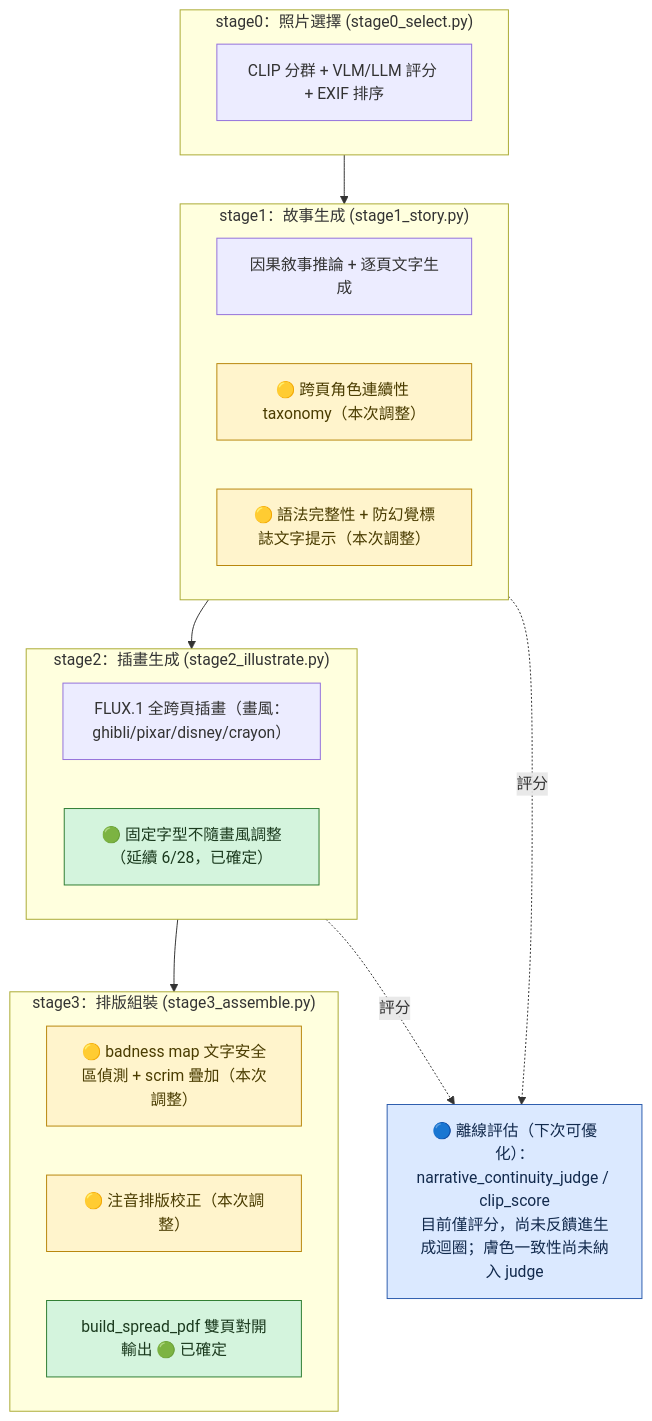
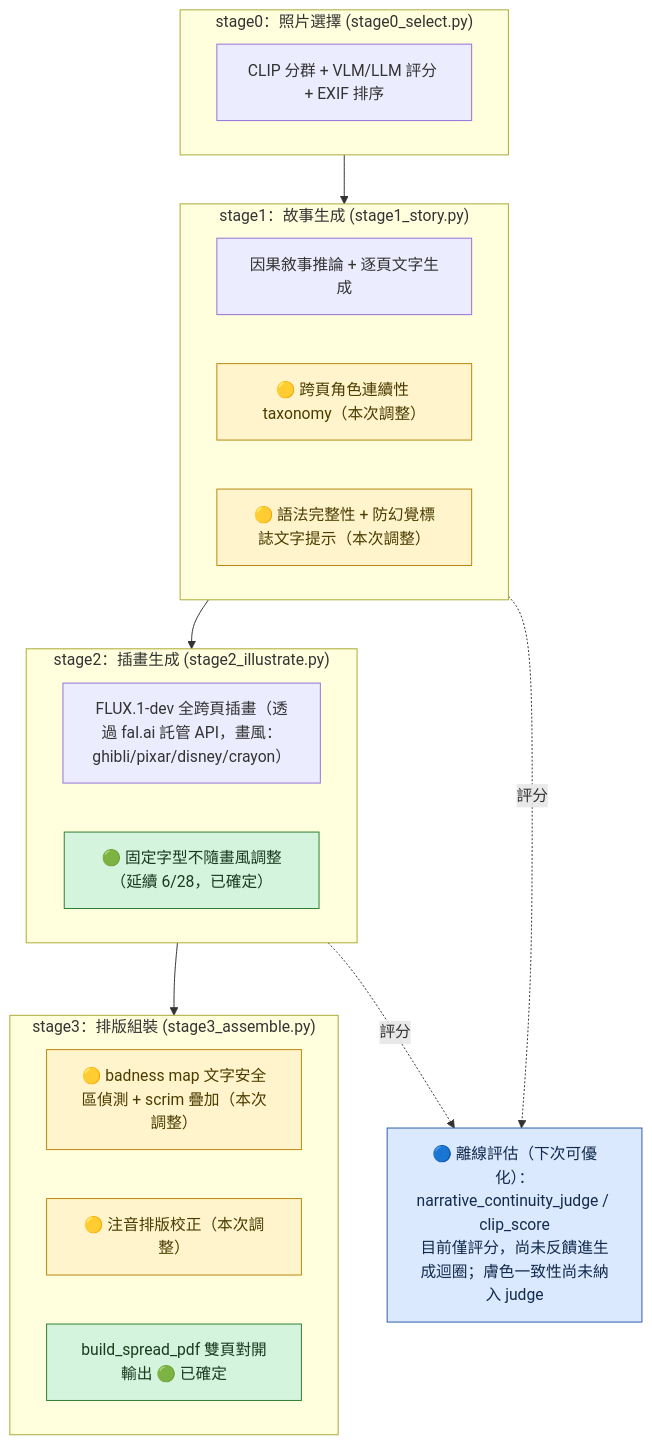
The diagram in docs/monthly_report_0729.md (smallbeautygirl/Photo2Story), drawn with Mermaid before and after one commit.

Commit message:
docs(pipeline): 📝 clarify FLUX.1-dev uses fal.ai hosted API
Update diagram label to accurately reflect that image generation
dispatches to fal.ai's hosted FLUX.1-dev API endpoint, not a local
implementation. This aligns documentation with src/stages/illustrate_fal.py.

````diff
--- a/docs/monthly_report_0729.md
+++ b/docs/monthly_report_0729.md
@@ -8,40 +8,40 @@
 ```mermaid
 flowchart TD
     subgraph S0["stage0：照片選擇 (stage0_select.py)"]
         direction LR
         S0A["CLIP 分群 + VLM/LLM 評分 + EXIF 排序"]
     end
 
     subgraph S1["stage1：故事生成 (stage1_story.py)"]
         direction LR
         S1A["因果敘事推論 + 逐頁文字生成"]
         S1B["🟡 跨頁角色連續性 taxonomy（本次調整）"]
         S1C["🟡 語法完整性 + 防幻覺標誌文字提示（本次調整）"]
     end
 
     subgraph S2["stage2：插畫生成 (stage2_illustrate.py)"]
         direction LR
-        S2A["FLUX.1 全跨頁插畫（畫風：ghibli/pixar/disney/crayon）"]
+        S2A["FLUX.1-dev 全跨頁插畫（透過 fal.ai 託管 API，畫風：ghibli/pixar/disney/crayon）"]
         S2B["🟢 固定字型不隨畫風調整（延續 6/28，已確定）"]
     end
 
     subgraph S3["stage3：排版組裝 (stage3_assemble.py)"]
         direction LR
         S3A["🟡 badness map 文字安全區偵測 + scrim 疊加（本次調整）"]
         S3B["🟡 注音排版校正（本次調整）"]
         S3C["build_spread_pdf 雙頁對開輸出 🟢 已確定"]
     end
 
     EVAL["🔵 離線評估（下次可優化）：narrative_continuity_judge / clip_score<br/>目前僅評分，尚未反饋進生成迴圈；膚色一致性尚未納入 judge"]
 
     S0 --> S1 --> S2 --> S3
     S1 -.評分.-> EVAL
     S2 -.評分.-> EVAL
 
     classDef confirmed fill:#d4f4dd,stroke:#2e7d32,color:#1b3a1e;
     classDef changed fill:#fff4cc,stroke:#b8860b,color:#4a3c00;
     classDef next fill:#dbe9ff,stroke:#2b5cad,color:#122a4d;
     class S2B,S3C confirmed;
     class S1B,S1C,S3A,S3B changed;
     class EVAL next;
 ```
````
